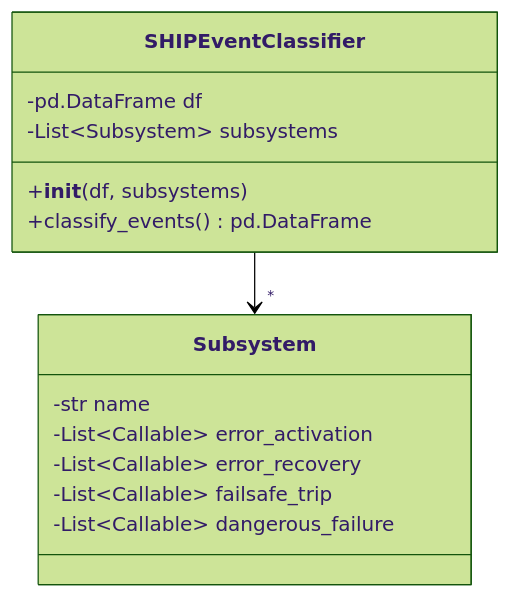
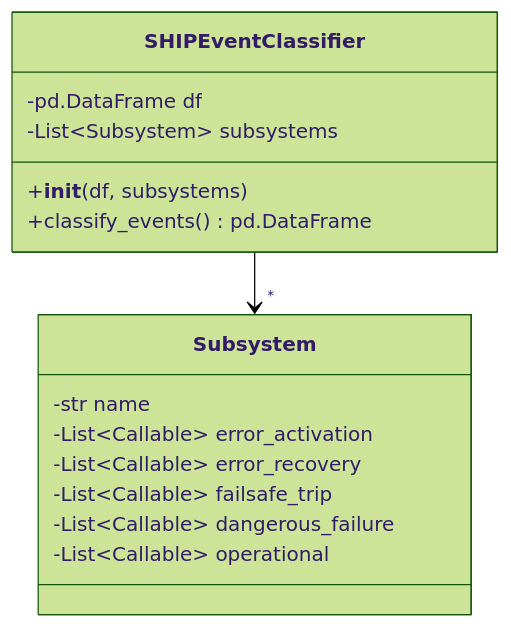
Before and after one commit to GarrettGruss/process-mining-demo: the fourth of 5 diagrams in examples/example_5/overview.md, drawn with Mermaid (forest theme). The commit also changed other lines of this file, not shown here.

````diff
--- a/examples/example_5/overview.md
+++ b/examples/example_5/overview.md
@@ -56,19 +56,20 @@
 ```mermaid
 classDiagram
     class SHIPEventClassifier {
         -pd.DataFrame df
         -List~Subsystem~ subsystems
         +__init__(df, subsystems)
         +classify_events() pd.DataFrame
     }
 
     class Subsystem {
         -str name
         -List~Callable~ error_activation
         -List~Callable~ error_recovery
         -List~Callable~ failsafe_trip
         -List~Callable~ dangerous_failure
+        -List~Callable~ operational
     }
 
     SHIPEventClassifier --> "*" Subsystem
 ```
````
